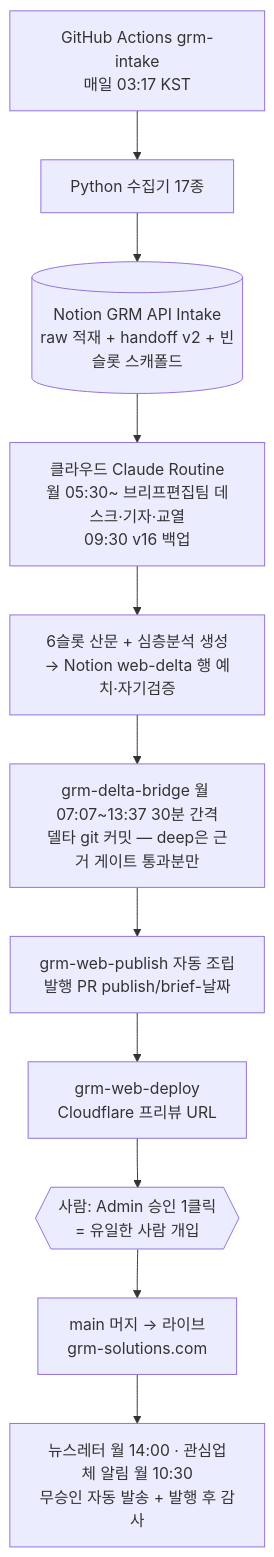
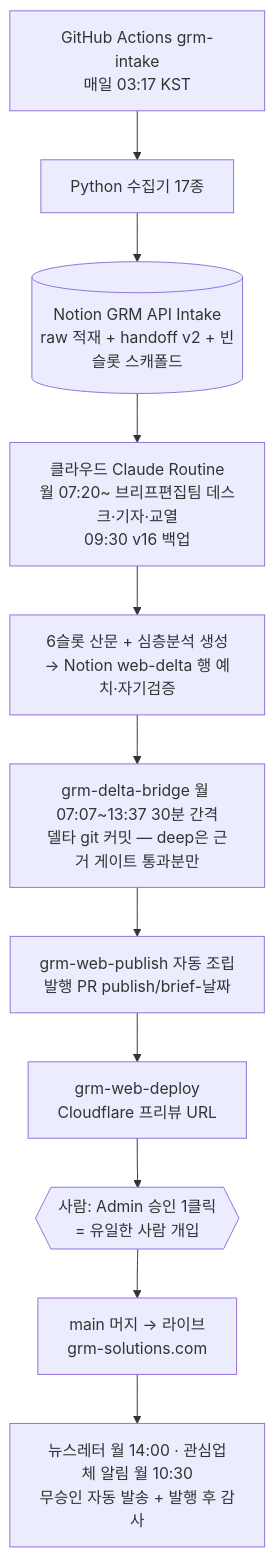
The second of 3 diagrams in GRM_SYSTEM.md (MINHOYEOM/grm-api-intake), drawn with Mermaid before and after one commit. The commit also changed other lines of this file, not shown here.

````diff
--- a/GRM_SYSTEM.md
+++ b/GRM_SYSTEM.md
@@ -168,13 +168,13 @@
 ```mermaid
 flowchart TD
     A[GitHub Actions grm-intake<br/>매일 03:17 KST] --> B[Python 수집기 17종]
     B --> C[(Notion GRM API Intake<br/>raw 적재 + handoff v2 + 빈슬롯 스캐폴드)]
-    C --> D[클라우드 Claude Routine<br/>월 05:30~ 브리프편집팀 데스크·기자·교열<br/>09:30 v16 백업]
+    C --> D[클라우드 Claude Routine<br/>월 07:20~ 브리프편집팀 데스크·기자·교열<br/>09:30 v16 백업]
     D --> E[6슬롯 산문 + 심층분석 생성<br/>→ Notion web-delta 행 예치·자기검증]
     E --> F[grm-delta-bridge 월 07:07~13:37 30분 간격<br/>델타 git 커밋 — deep은 근거 게이트 통과분만]
     F --> G[grm-web-publish 자동 조립<br/>발행 PR publish/brief-날짜]
     G --> H[grm-web-deploy<br/>Cloudflare 프리뷰 URL]
     H --> I{{사람: Admin 승인 1클릭<br/>= 유일한 사람 개입}}
     I --> J[main 머지 → 라이브<br/>grm-solutions.com]
     J --> K[뉴스레터 월 14:00 · 관심업체 알림 월 10:30<br/>무승인 자동 발송 + 발행 후 감사]
 ```
````
